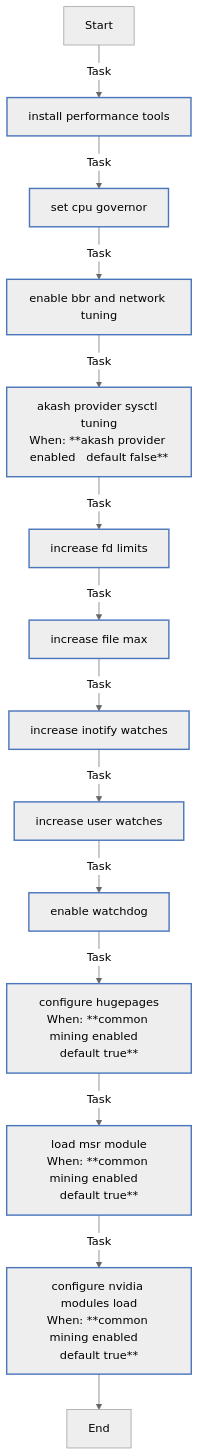
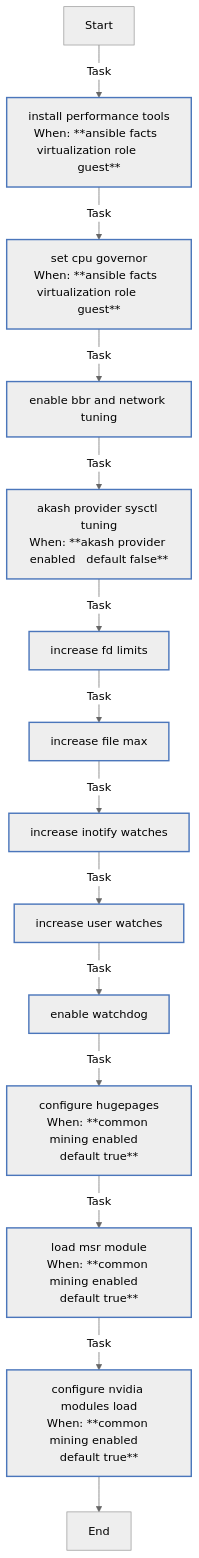
Before and after one commit to rou-cru/k3s-homelab: the ninth of 9 diagrams in roles/common/README.md, drawn with Mermaid (neutral theme). The commit also changed other lines of this file and 21 other files, not shown here.

````diff
--- a/roles/common/README.md
+++ b/roles/common/README.md
@@ -671,26 +725,26 @@
 ```mermaid
 flowchart TD
 Start
 classDef block stroke:#3498db,stroke-width:2px;
 classDef task stroke:#4b76bb,stroke-width:2px;
 classDef includeTasks stroke:#16a085,stroke-width:2px;
 classDef importTasks stroke:#34495e,stroke-width:2px;
 classDef includeRole stroke:#2980b9,stroke-width:2px;
 classDef importRole stroke:#699ba7,stroke-width:2px;
 classDef includeVars stroke:#8e44ad,stroke-width:2px;
 classDef rescue stroke:#665352,stroke-width:2px;
 
-  Start-->|Task| Install_performance_tools0[install performance tools]:::task
-  Install_performance_tools0-->|Task| Set_CPU_governor1[set cpu governor]:::task
+  Start-->|Task| Install_performance_tools0[install performance tools<br>When: **ansible facts  virtualization role       guest**]:::task
+  Install_performance_tools0-->|Task| Set_CPU_governor1[set cpu governor<br>When: **ansible facts  virtualization role       guest**]:::task
   Set_CPU_governor1-->|Task| Enable_BBR_and_Network_Tuning2[enable bbr and network tuning]:::task
   Enable_BBR_and_Network_Tuning2-->|Task| Akash_Provider_sysctl_tuning3[akash provider sysctl tuning<br>When: **akash provider enabled   default false**]:::task
   Akash_Provider_sysctl_tuning3-->|Task| Increase_FD_limits4[increase fd limits]:::task
   Increase_FD_limits4-->|Task| Increase_file_max5[increase file max]:::task
   Increase_file_max5-->|Task| Increase_inotify_watches6[increase inotify watches]:::task
   Increase_inotify_watches6-->|Task| Increase_user_watches7[increase user watches]:::task
   Increase_user_watches7-->|Task| Enable_watchdog8[enable watchdog]:::task
   Enable_watchdog8-->|Task| Configure_hugepages9[configure hugepages<br>When: **common mining enabled   default true**]:::task
   Configure_hugepages9-->|Task| Load_MSR_module10[load msr module<br>When: **common mining enabled   default true**]:::task
   Load_MSR_module10-->|Task| Configure_Nvidia_modules_load11[configure nvidia modules load<br>When: **common mining enabled   default true**]:::task
   Configure_Nvidia_modules_load11-->End
 ```
````
